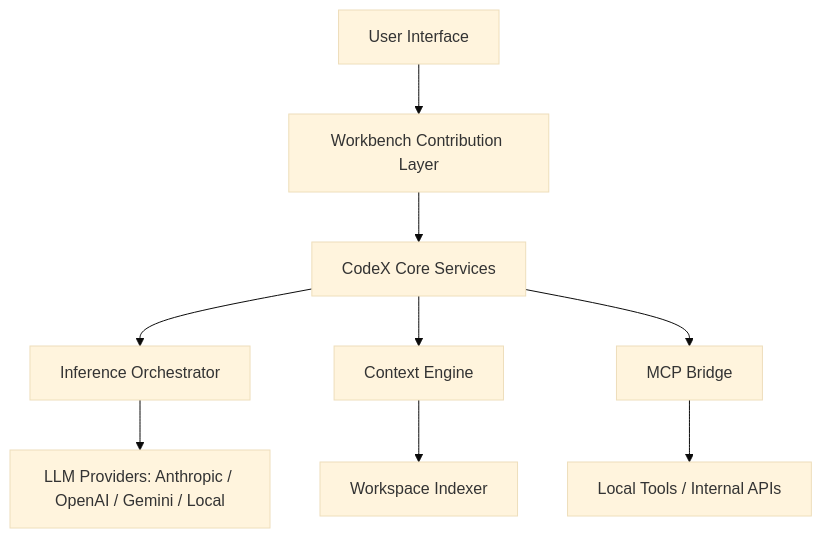
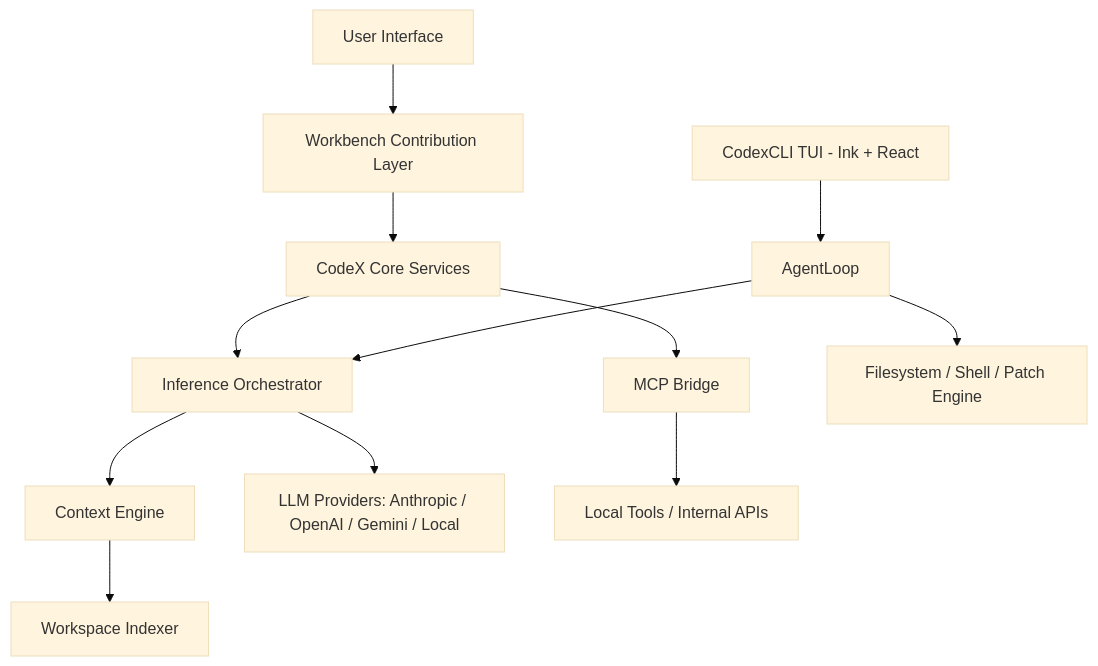
Before and after one commit to Suryanshu-Nabheet/CodeX: the diagram in README.md, drawn with Mermaid (base theme). The commit also changed other lines of this file and 180 other files, not shown here.

First line of the commit message:
feat: CodeX 1.0.0 — unified AI engineering environment & CodexCLI

````diff
--- a/README.md
+++ b/README.md
@@ -83,11 +163,14 @@
 ```mermaid
 graph TD
     A[User Interface] --> B[Workbench Contribution Layer]
     B --> C[CodeX Core Services]
     C --> D[Inference Orchestrator]
-    C --> E[Context Engine]
+    D --> E[Context Engine]
     D --> F[LLM Providers: Anthropic / OpenAI / Gemini / Local]
     E --> G[Workspace Indexer]
     C --> H[MCP Bridge]
     H --> I[Local Tools / Internal APIs]
+    J[CodexCLI TUI - Ink + React] --> K[AgentLoop]
+    K --> D
+    K --> L[Filesystem / Shell / Patch Engine]
 ```
````
